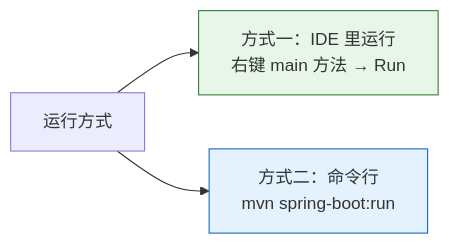
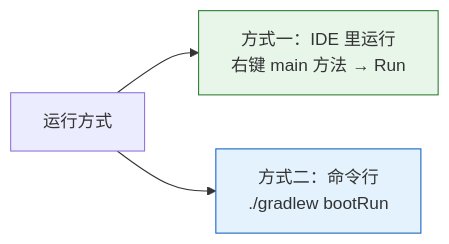
Before and after one commit to zerioo1970/summary: the fifth of 6 diagrams in spring-boot-3.5-学习资料/02-第一个SpringBoot应用.md, drawn with Mermaid. The commit also changed other lines of this file and 6 other files, not shown here.

````diff
--- a/spring-boot-3.5-学习资料/02-第一个SpringBoot应用.md
+++ b/spring-boot-3.5-学习资料/02-第一个SpringBoot应用.md
@@ -169,8 +171,8 @@
 ```mermaid
 flowchart LR
     A[运行方式] --> B[方式一：IDE 里运行<br/>右键 main 方法 → Run]
-    A --> C["方式二：命令行<br/>mvn spring-boot:run"]
+    A --> C["方式二：命令行<br/>./gradlew bootRun"]
 
     style B fill:#e8f5e9,stroke:#2e7d32
     style C fill:#e3f2fd,stroke:#1565c0
 ```
````
